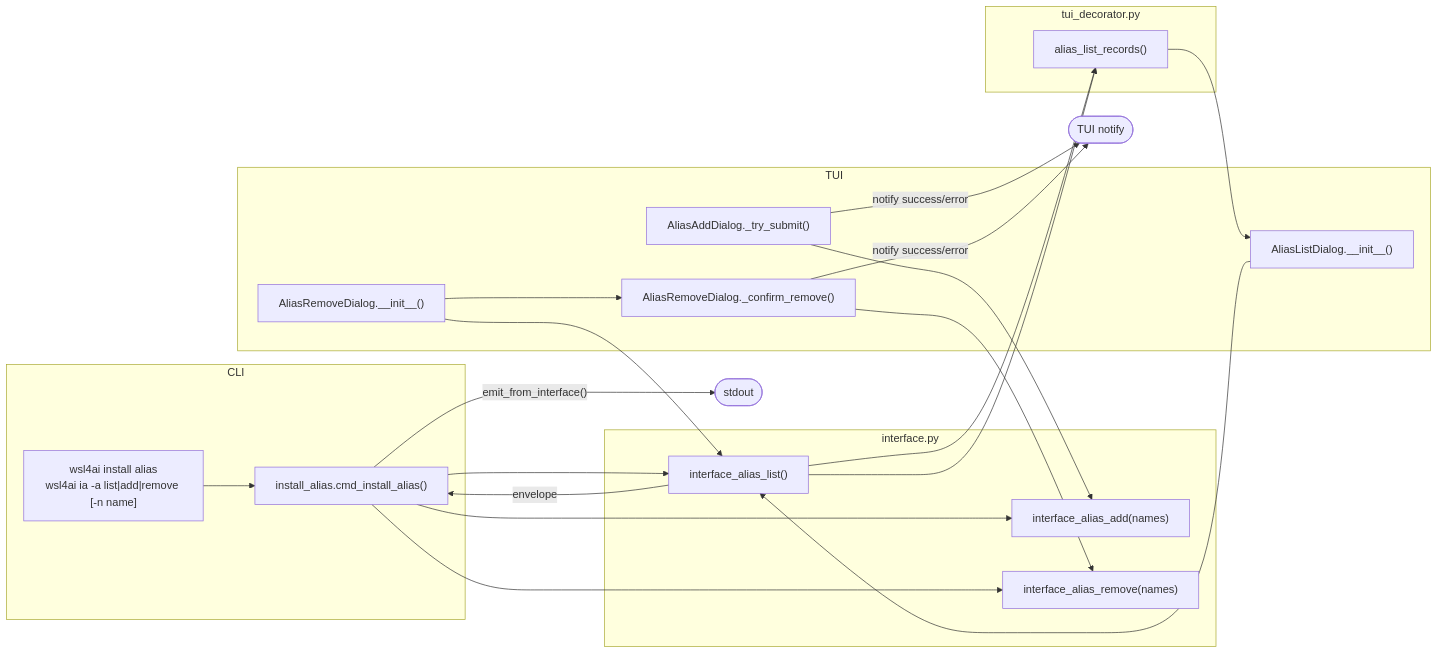
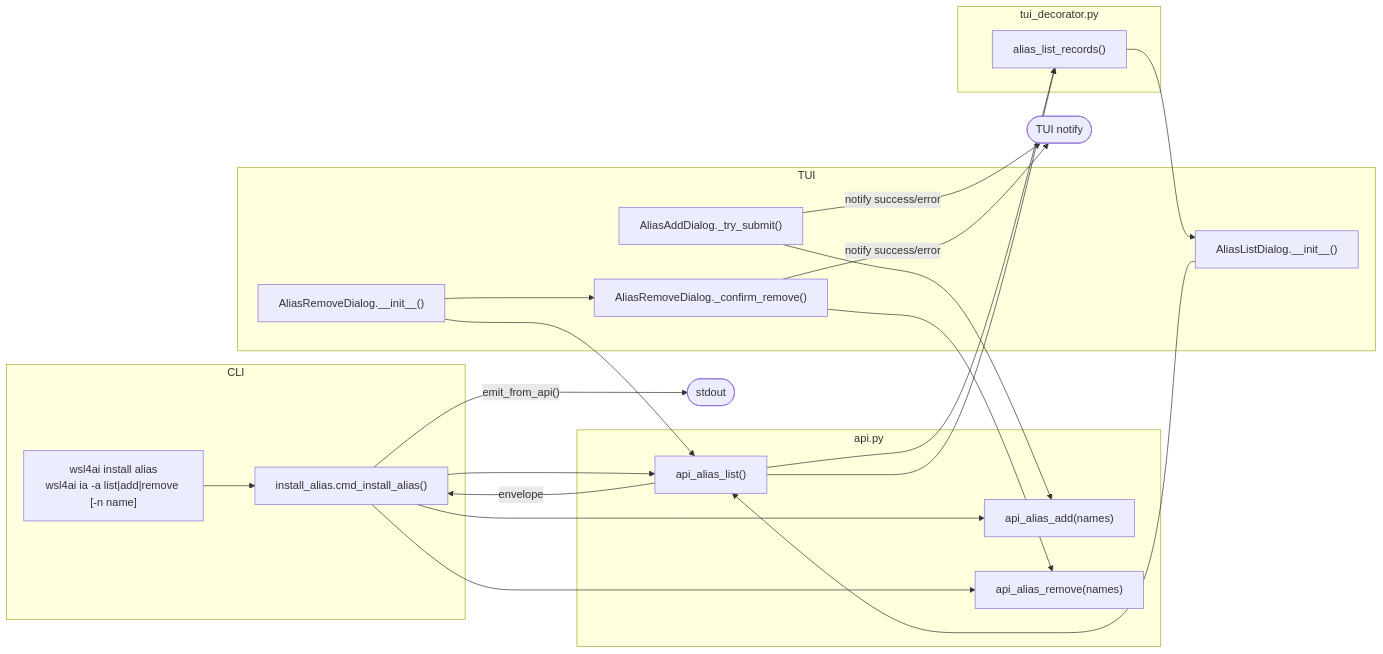
Before and after one commit to rmompo/wsl4ai: the second of 3 diagrams in specs/tool/specs-install.md, drawn with Mermaid. The commit also changed other lines of this file and 20 other files, not shown here.

First line of the commit message:
v1.6.3: rename interface.py → api.py, interface_* → api_*

````diff
--- a/specs/tool/specs-install.md
+++ b/specs/tool/specs-install.md
@@ -107,35 +107,35 @@
 ```mermaid
 flowchart LR
     subgraph CLI
         ia["wsl4ai install alias\nwsl4ai ia -a list|add|remove [-n name]"]
         cmd["install_alias.cmd_install_alias()"]
         ia --> cmd
     end
-    subgraph Interface["interface.py"]
-        iface_list["interface_alias_list()"]
-        iface_add["interface_alias_add(names)"]
-        iface_rm["interface_alias_remove(names)"]
+    subgraph Interface["api.py"]
+        iface_list["api_alias_list()"]
+        iface_add["api_alias_add(names)"]
+        iface_rm["api_alias_remove(names)"]
     end
     subgraph TUI
         alist["AliasListDialog.__init__()"]
         aadd["AliasAddDialog._try_submit()"]
         arm_init["AliasRemoveDialog.__init__()"]
         arm_do["AliasRemoveDialog._confirm_remove()"]
         arm_init --> arm_do
     end
     subgraph TUI_Dec["tui_decorator.py"]
         rec["alias_list_records()"]
     end
 
     cmd --> iface_list
     cmd --> iface_add
     cmd --> iface_rm
     alist --> iface_list --> rec --> alist
     arm_init --> iface_list --> rec
     aadd --> iface_add
     arm_do --> iface_rm
     iface_list -->|"envelope"| cmd
-    cmd -->|"emit_from_interface()"| stdout([stdout])
+    cmd -->|"emit_from_api()"| stdout([stdout])
     aadd -->|"notify success/error"| ui([TUI notify])
     arm_do -->|"notify success/error"| ui
 ```
````
